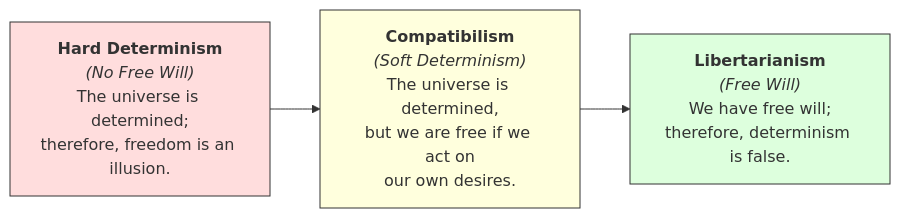
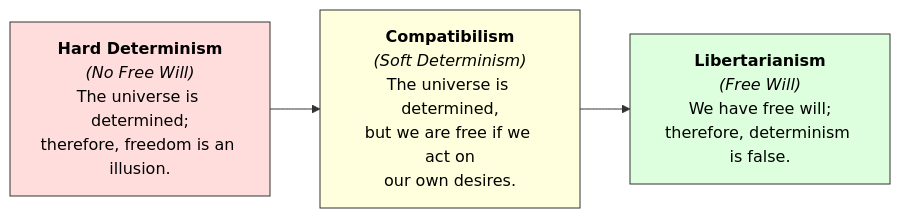
The diagram in humanities-finance-society/Philosophy/Determinism101.md (AtlasRoX/everything101), drawn with Mermaid before and after one commit. The commit also changed 27 other files, not shown here.

````diff
--- a/humanities-finance-society/Philosophy/Determinism101.md
+++ b/humanities-finance-society/Philosophy/Determinism101.md
@@ -42,12 +42,12 @@
 ```mermaid
 graph LR
     Hard["<b>Hard Determinism</b><br><i>(No Free Will)</i><br>The universe is determined;<br>therefore, freedom is an illusion."]
     Compat["<b>Compatibilism</b><br><i>(Soft Determinism)</i><br>The universe is determined,<br>but we are free if we act on<br>our own desires."]
     Libertarian["<b>Libertarianism</b><br><i>(Free Will)</i><br>We have free will;<br>therefore, determinism is false."]
     
     Hard --> Compat --> Libertarian
     
-    style Hard fill:#fdd,stroke:#333
-    style Compat fill:#ffd,stroke:#333
-    style Libertarian fill:#dfd,stroke:#333
+    style Hard fill:#fdd,stroke:#333,color:#000
+    style Compat fill:#ffd,stroke:#333,color:#000
+    style Libertarian fill:#dfd,stroke:#333,color:#000
 ```
````
